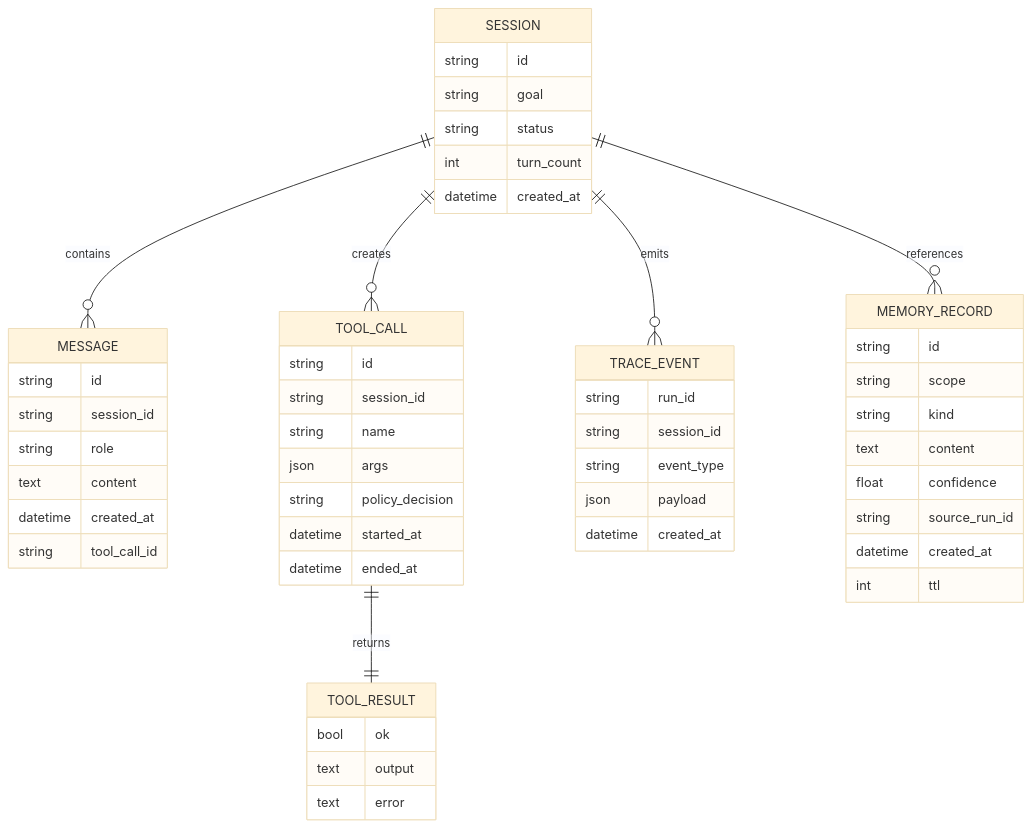
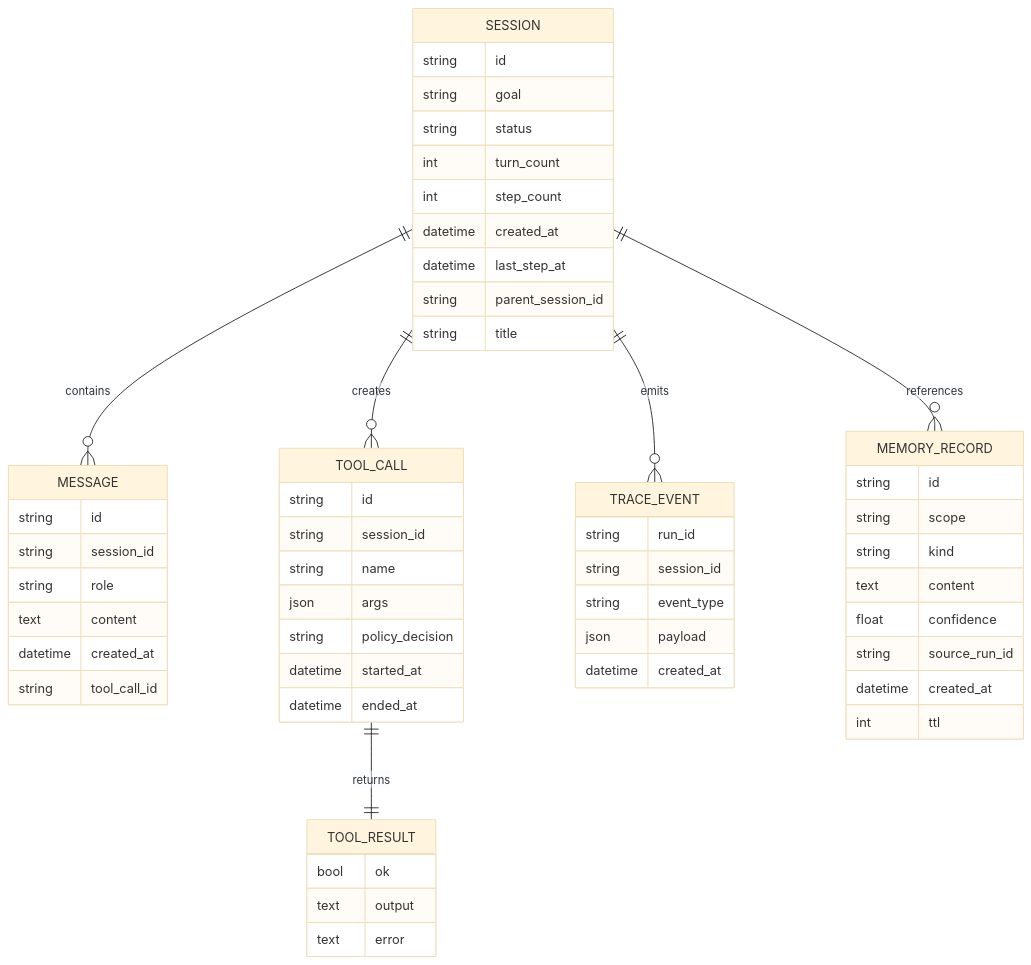
The diagram in docs/architecture/data-model.md (zhumengzhu/HarnessLab), drawn with Mermaid (base theme) before and after one commit. The commit also changed other lines of this file and 3 other files, not shown here.

First line of the commit message:
docs: sync roadmap + architecture with Phase 2 delivery

````diff
--- a/docs/architecture/data-model.md
+++ b/docs/architecture/data-model.md
@@ -10,55 +10,59 @@
 ```mermaid
 erDiagram
     SESSION ||--o{ MESSAGE : contains
     SESSION ||--o{ TOOL_CALL : creates
     SESSION ||--o{ TRACE_EVENT : emits
     TOOL_CALL ||--|| TOOL_RESULT : returns
     SESSION ||--o{ MEMORY_RECORD : references
 
     SESSION {
       string id
       string goal
       string status
       int turn_count
+      int step_count
       datetime created_at
+      datetime last_step_at
+      string parent_session_id
+      string title
     }
     MESSAGE {
       string id
       string session_id
       string role
       text content
       datetime created_at
       string tool_call_id
     }
     TOOL_CALL {
       string id
       string session_id
       string name
       json args
       string policy_decision
       datetime started_at
       datetime ended_at
     }
     TOOL_RESULT {
       bool ok
       text output
       text error
     }
     TRACE_EVENT {
       string run_id
       string session_id
       string event_type
       json payload
       datetime created_at
     }
     MEMORY_RECORD {
       string id
       string scope
       string kind
       text content
       float confidence
       string source_run_id
       datetime created_at
       int ttl
     }
 ```
````
